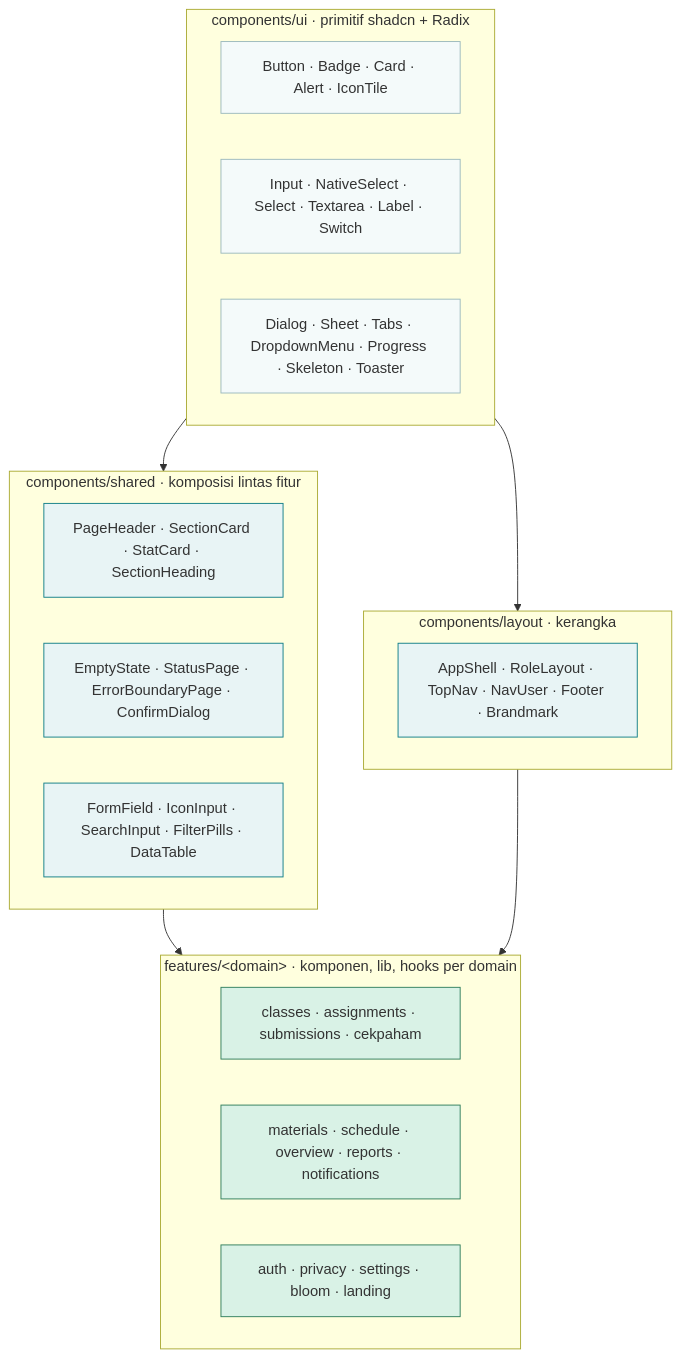
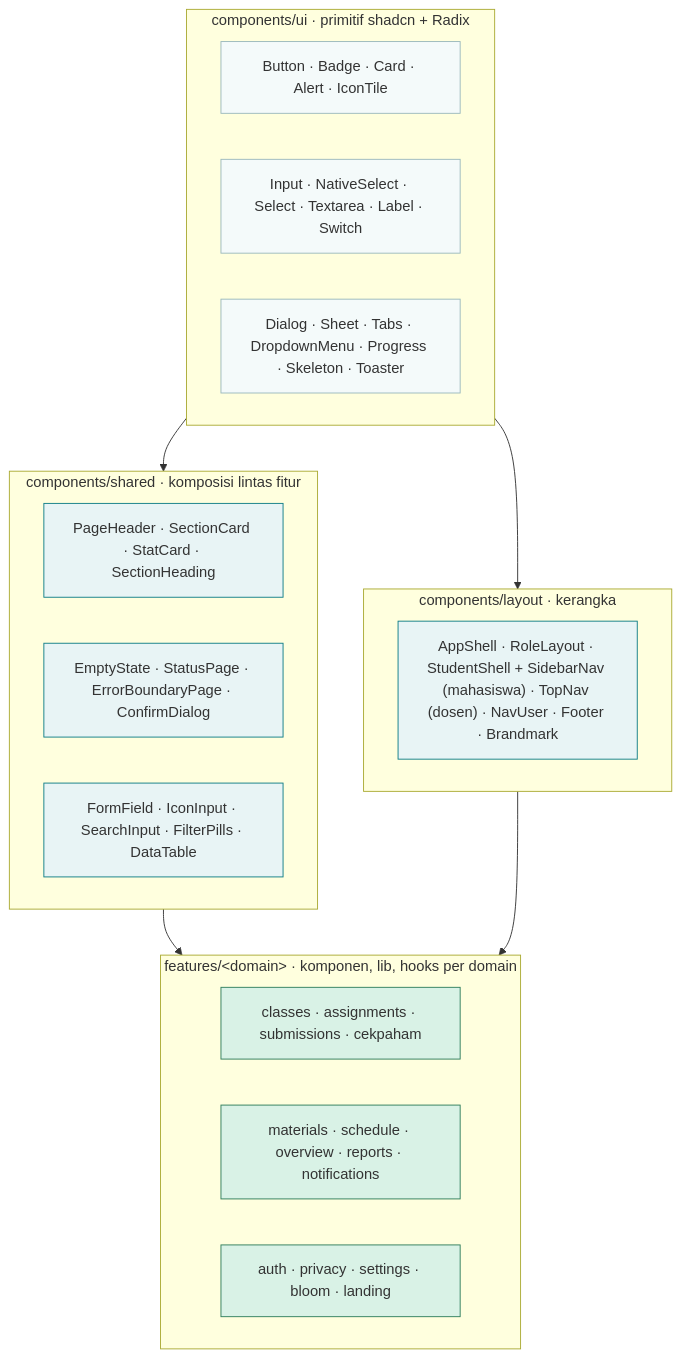
The second of 4 diagrams in diagram/06-design-system.md (FadhRach/ThinkPath), drawn with Mermaid before and after one commit. The commit also changed other lines of this file and 192 other files, not shown here.

````diff
--- a/diagram/06-design-system.md
+++ b/diagram/06-design-system.md
@@ -104,35 +105,35 @@
 ```mermaid
 flowchart TB
     subgraph P["components/ui · primitif shadcn + Radix"]
         direction LR
         P1["Button · Badge · Card · Alert · IconTile"]
         P2["Input · NativeSelect · Select · Textarea · Label · Switch"]
         P3["Dialog · Sheet · Tabs · DropdownMenu · Progress · Skeleton · Toaster"]
     end
 
     subgraph C["components/shared · komposisi lintas fitur"]
         C1["PageHeader · SectionCard · StatCard · SectionHeading"]
         C2["EmptyState · StatusPage · ErrorBoundaryPage · ConfirmDialog"]
         C3["FormField · IconInput · SearchInput · FilterPills · DataTable"]
     end
 
     subgraph L["components/layout · kerangka"]
-        L1["AppShell · RoleLayout · TopNav · NavUser · Footer · Brandmark"]
+        L1["AppShell · RoleLayout · StudentShell + SidebarNav (mahasiswa) · TopNav (dosen) · NavUser · Footer · Brandmark"]
     end
 
     subgraph D["features/&lt;domain&gt; · komponen, lib, hooks per domain"]
         D1["classes · assignments · submissions · cekpaham"]
         D2["materials · schedule · overview · reports · notifications"]
         D3["auth · privacy · settings · bloom · landing"]
     end
 
     P --> C --> D
     P --> L --> D
 
     classDef prim fill:#F4FAFA,stroke:#9AB8BB
     classDef com fill:#E8F4F5,stroke:#0E7C86
     classDef dom fill:#D9F2E6,stroke:#2E7D5B
     class P1,P2,P3 prim
     class C1,C2,C3,L1 com
     class D1,D2,D3 dom
 ```
````
